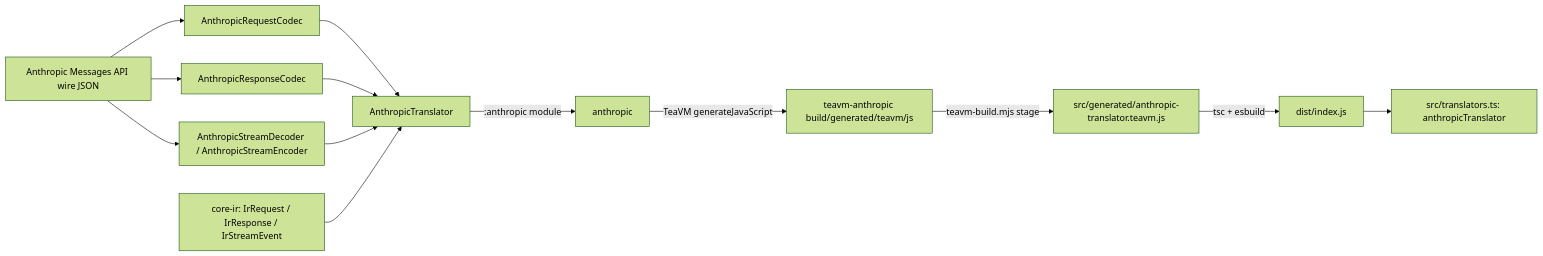
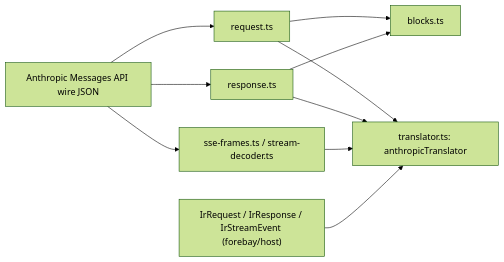
Before and after one commit to forebay/anthropic-translator: the diagram in CONTENT.md, drawn with Mermaid (forest theme). The commit also changed other lines of this file and 56 other files, not shown here.

Commit message:
feat(translator): translate the anthropic wire format in typescript

````diff
--- a/CONTENT.md
+++ b/CONTENT.md
@@ -9,15 +7,12 @@
 ```mermaid
 flowchart LR
-  WIRE[Anthropic Messages API wire JSON] --> REQ[AnthropicRequestCodec]
-  WIRE --> RESP[AnthropicResponseCodec]
-  WIRE --> SSE[AnthropicStreamDecoder / AnthropicStreamEncoder]
-  REQ --> TR[AnthropicTranslator]
+  WIRE[Anthropic Messages API wire JSON] --> REQ[request.ts]
+  WIRE --> RESP[response.ts]
+  WIRE --> SSE[sse-frames.ts / stream-decoder.ts]
+  REQ --> BLOCKS[blocks.ts]
+  RESP --> BLOCKS
+  REQ --> TR[translator.ts: anthropicTranslator]
   RESP --> TR
   SSE --> TR
-  IR[core-ir: IrRequest / IrResponse / IrStreamEvent] --> TR
-  TR -->|":anthropic" module| ANTHROPIC[anthropic]
-  ANTHROPIC -->|TeaVM generateJavaScript| GEN[teavm-anthropic build/generated/teavm/js]
-  GEN -->|teavm-build.mjs stage| STAGED[src/generated/anthropic-translator.teavm.js]
-  STAGED -->|tsc + esbuild| DIST[dist/index.js]
-  DIST --> API["src/translators.ts: anthropicTranslator"]
+  IR["IrRequest / IrResponse / IrStreamEvent (forebay/host)"] --> TR
 ```
````
